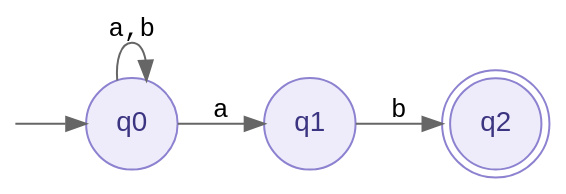
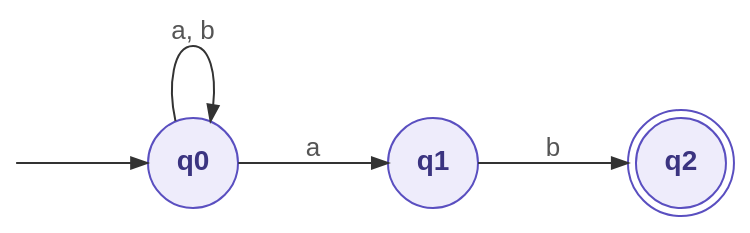
One commit to BillJr99/Ursinus-CS374 changed the diagram in files/dotty/example_nfa_ends_in_ab.dot. Above: the diagram before and after it, drawn with Graphviz. The commit also changed 11 other files, not shown here.

First line of the commit message:
Day 2 deck: redraw the two examples' diagrams in a straight-row layout (CS374 10/6 brief follow-up)

```diff
--- a/files/dotty/example_nfa_ends_in_ab.dot
+++ b/files/dotty/example_nfa_ends_in_ab.dot
@@ -1,12 +1,13 @@
 digraph example_nfa_ends_in_ab {
-  rankdir=LR;
-  bgcolor="transparent";
-  node [shape=circle, fontname="Helvetica", fontsize=14, style=filled, fillcolor="#EEECFB", color="#8C82D0", fontcolor="#3B3480"];
-  edge [fontname="Courier", fontsize=13, color="#666666"];
-  __start [shape=point, style=invis, width=0];
+  rankdir=LR; bgcolor="transparent"; nodesep=0.5; ranksep=0.9;
+  fontname="Helvetica"; fontsize=12; labelloc=b;
+  node [shape=circle, fixedsize=true, width=0.62, fontname="Helvetica-Bold", fontsize=14, style=filled, group=row];
+  edge [fontname="Helvetica", fontsize=13, color="#333333", fontcolor="#555555", arrowsize=0.8];
+  __start [shape=point, style=invis, width=0, group=row];
+  node [fillcolor="#EEECFB", color="#5A4FC0", fontcolor="#3B3480"];
   q2 [shape=doublecircle];
   __start -> q0;
-  q0 -> q0 [label="a,b"];
+  q0 -> q0 [label="a, b"];
   q0 -> q1 [label="a"];
   q1 -> q2 [label="b"];
 }
```
